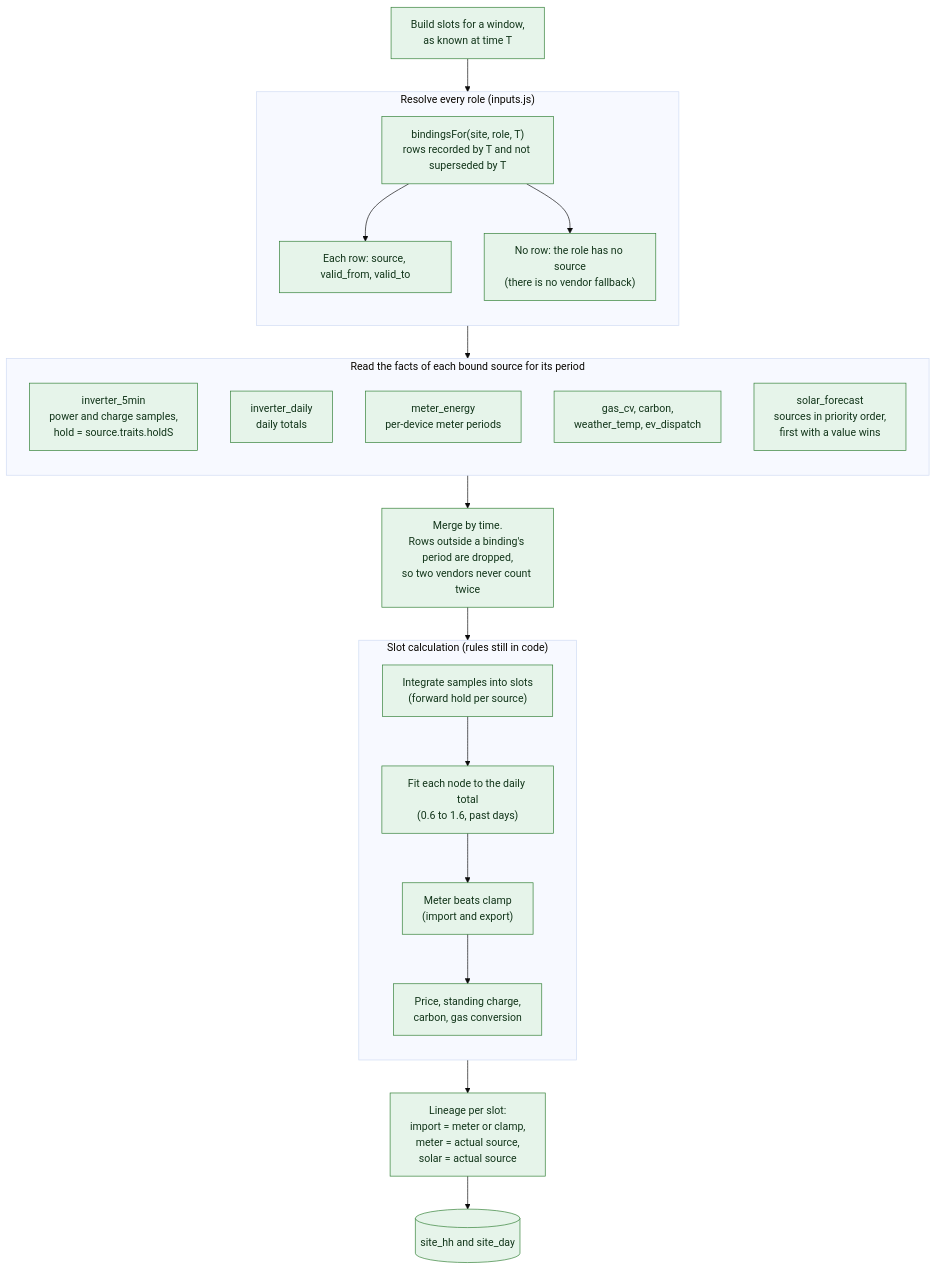
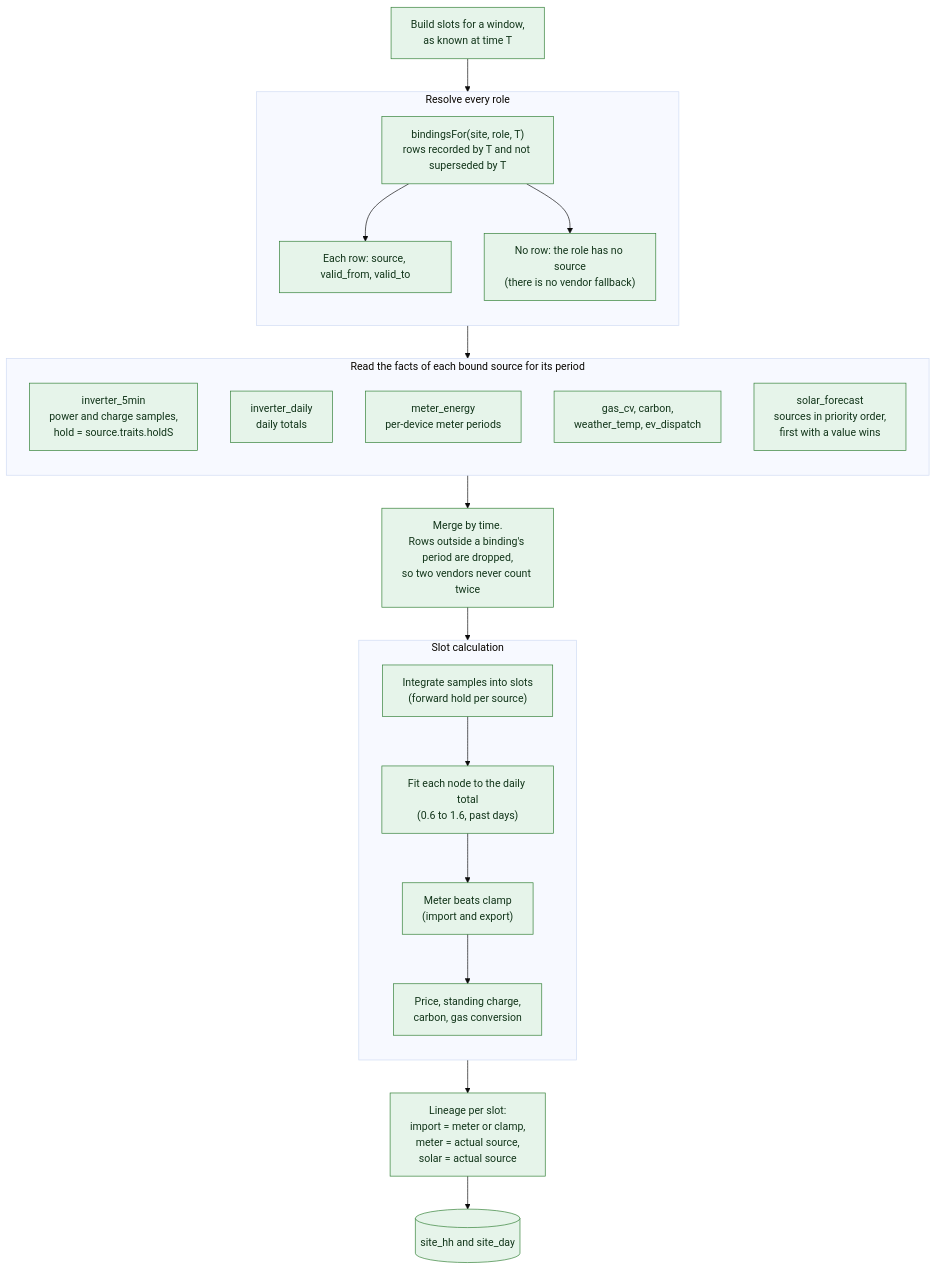
Before and after one commit to sshahriazz/energiebee-core-prototype: the fourth of 11 diagrams in docs/slot-engine-architecture.md, drawn with Mermaid (base theme). The commit also changed other lines of this file and 1 other file, not shown here.

Commit message:
Docs: plain overview diagrams that render in more viewers (no cylinders, colons or parentheses in titles)

````diff
--- a/docs/slot-engine-architecture.md
+++ b/docs/slot-engine-architecture.md
@@ -285,41 +285,41 @@
 ```mermaid
 flowchart TB
   START["Build slots for a window,<br/>as known at time T"]
 
-  subgraph ROLES["Resolve every role (inputs.js)"]
+  subgraph ROLES["Resolve every role"]
     direction TB
     R1["bindingsFor(site, role, T)<br/>rows recorded by T and not superseded by T"]
     R2["Each row: source, valid_from, valid_to"]
     R3["No row: the role has no source<br/>(there is no vendor fallback)"]
     R1 --> R2
     R1 --> R3
   end
 
   subgraph READ["Read the facts of each bound source for its period"]
     direction TB
     A1["inverter_5min<br/>power and charge samples,<br/>hold = source.traits.holdS"]
     A2["inverter_daily<br/>daily totals"]
     A3["meter_energy<br/>per-device meter periods"]
     A4["gas_cv, carbon,<br/>weather_temp, ev_dispatch"]
     A5["solar_forecast<br/>sources in priority order,<br/>first with a value wins"]
   end
 
   MERGE["Merge by time.<br/>Rows outside a binding's period are dropped,<br/>so two vendors never count twice"]
 
-  subgraph CALC["Slot calculation (rules still in code)"]
+  subgraph CALC["Slot calculation"]
     direction TB
     K1["Integrate samples into slots<br/>(forward hold per source)"]
     K2["Fit each node to the daily total<br/>(0.6 to 1.6, past days)"]
     K3["Meter beats clamp<br/>(import and export)"]
     K4["Price, standing charge,<br/>carbon, gas conversion"]
     K1 --> K2 --> K3 --> K4
   end
 
   LIN["Lineage per slot:<br/>import = meter or clamp,<br/>meter = actual source,<br/>solar = actual source"]
   OUT[("site_hh and site_day")]
 
   START --> ROLES --> READ --> MERGE --> CALC --> LIN --> OUT
 
   classDef built fill:#e6f4ea,stroke:#2e7d32,color:#12351a
   class START,R1,R2,R3,A1,A2,A3,A4,A5,MERGE,K1,K2,K3,K4,LIN,OUT built
 ```
````
